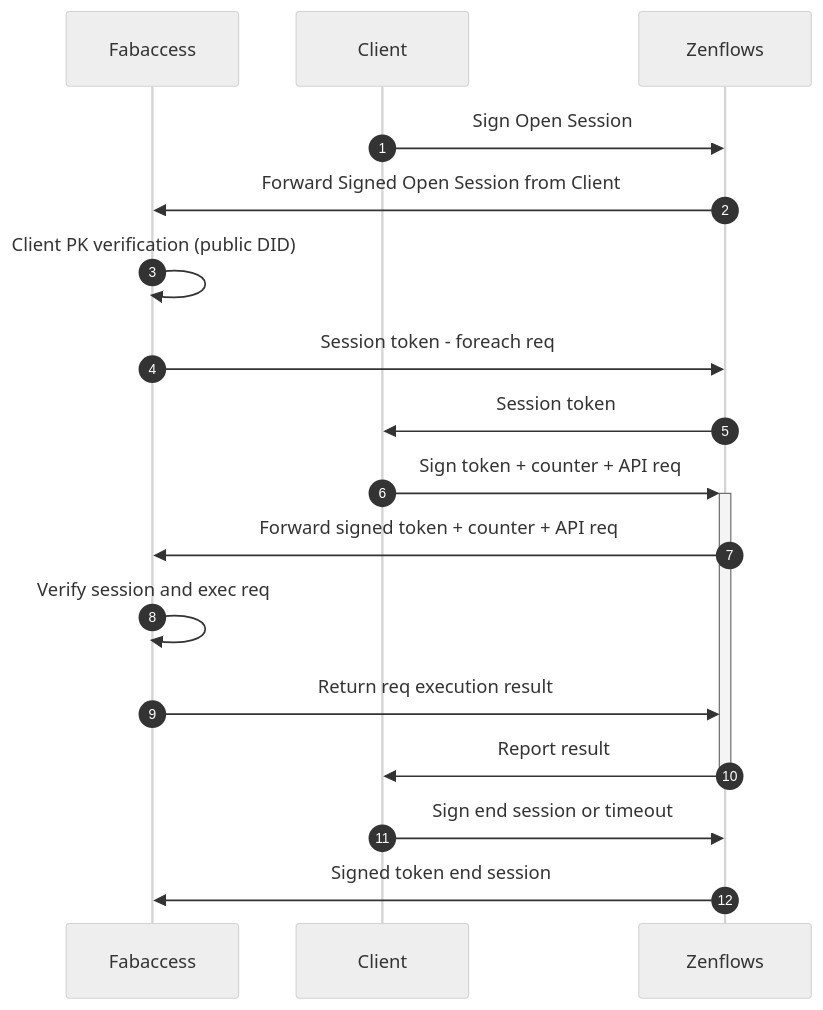
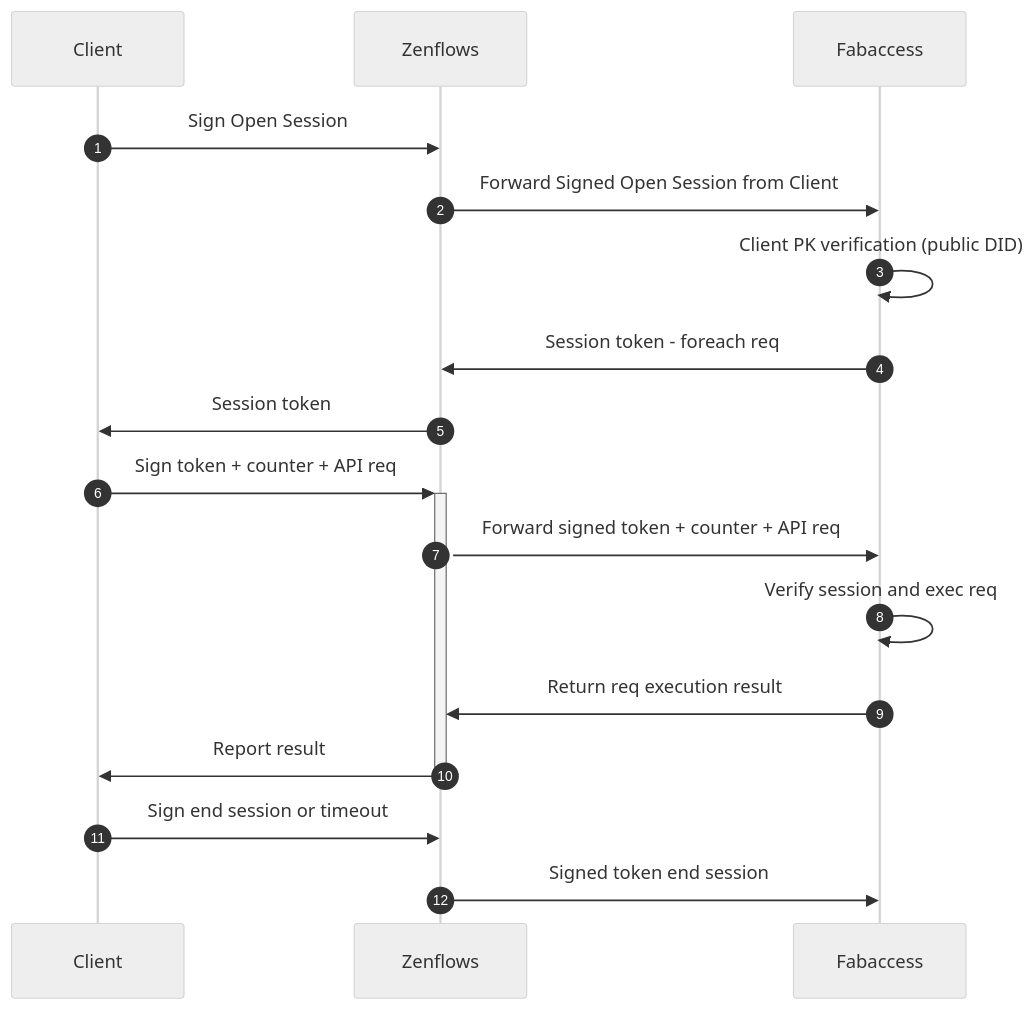
One commit to interfacerproject/zenflows-crypto changed the third of 3 diagrams in README.md. Above: the diagram before and after it, drawn with Mermaid (neutral theme). The commit also changed other lines of this file, not shown here.

Commit message:
improve fabaccess seq graph

````diff
--- a/README.md
+++ b/README.md
@@ -183,19 +183,19 @@
 ```mermaid
 sequenceDiagram
     autonumber
-    participant FA as Fabaccess
     participant C as Client
     participant WS as Zenflows
+    participant FA as Fabaccess
     C->>WS: Sign Open Session
     WS->>FA: Forward Signed Open Session from Client
     FA->>FA: Client PK verification (public DID)
     FA->>WS: Session token - foreach req
     WS->>C: Session token
     C->>+WS: Sign token + counter + API req
     WS->>FA: Forward signed token + counter + API req
     FA->>FA: Verify session and exec req
     FA->>WS: Return req execution result
     WS->>-C: Report result
     C->>WS: Sign end session or timeout
     WS->>FA: Signed token end session
 ```
````
